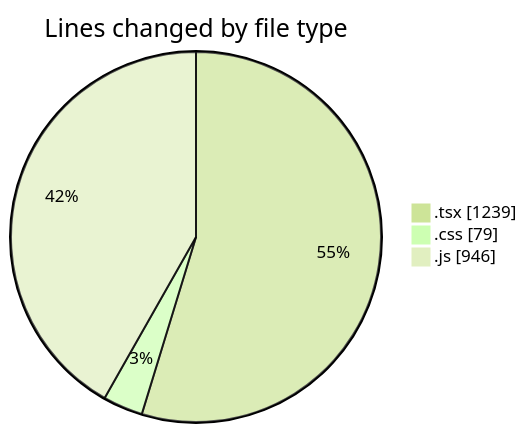
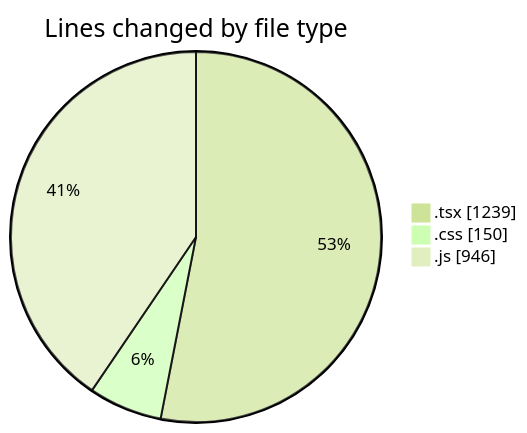
Before and after one commit to Elitesun/code-tracking: the first of 2 diagrams in 2025-04-22/indesign/README.md, drawn with Mermaid (forest theme). The commit also changed other lines of this file and 1 other file, not shown here.

````diff
--- a/2025-04-22/indesign/README.md
+++ b/2025-04-22/indesign/README.md
@@ -32,7 +33,7 @@
 ```mermaid
 pie showData
 title Lines changed by file type
 ".tsx" : 1239
-".css" : 79
+".css" : 150
 ".js" : 946
 ```
````
